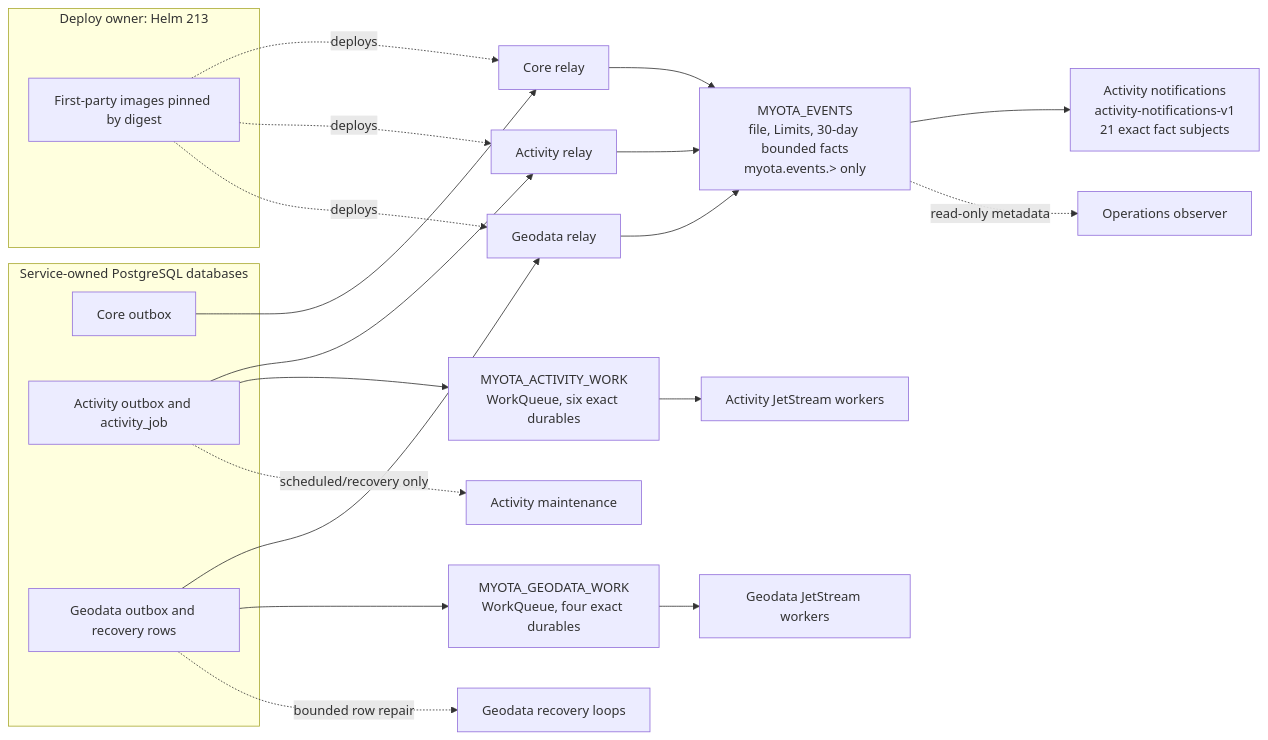
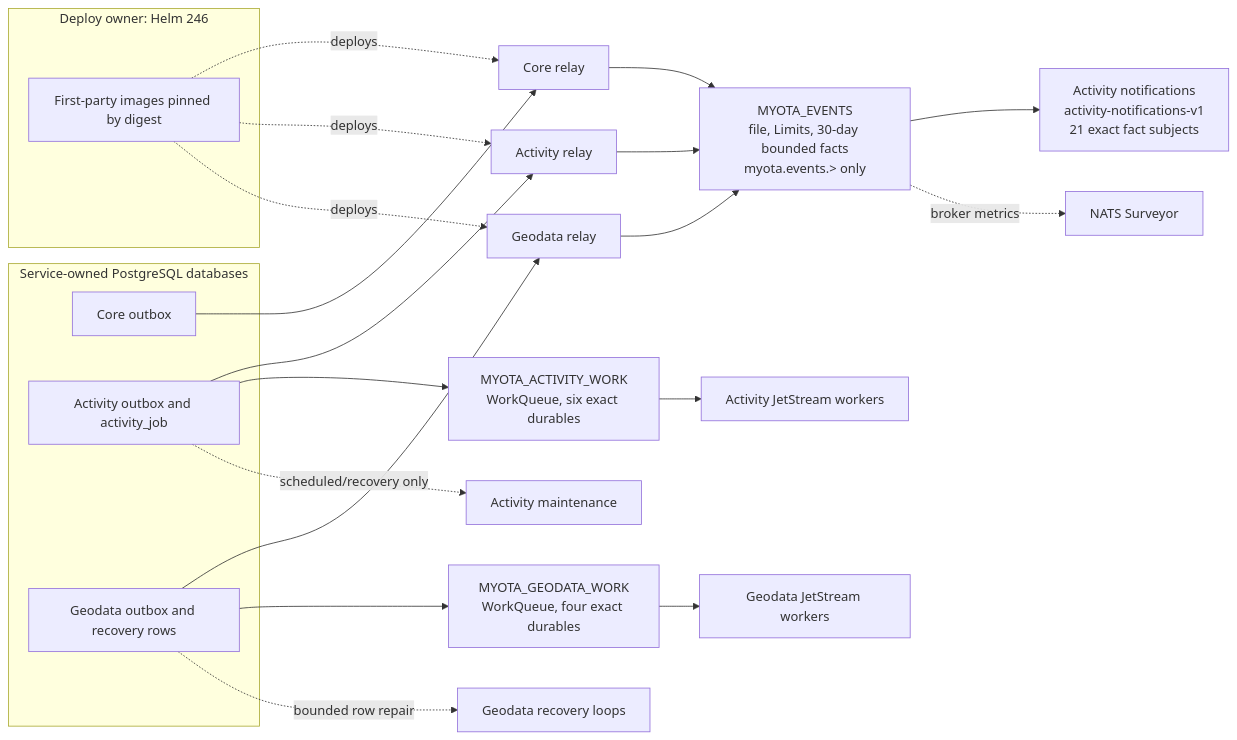
The first of 3 diagrams in docs/architecture/diagrams/nats-event-migration.md (myota-platform/myota-docs), drawn with Mermaid before and after one commit. The commit also changed other lines of this file and 19 other files, not shown here.

````diff
--- a/docs/architecture/diagrams/nats-event-migration.md
+++ b/docs/architecture/diagrams/nats-event-migration.md
@@ -20,28 +21,28 @@
 ```mermaid
 flowchart LR
   subgraph DB[Service-owned PostgreSQL databases]
     C[Core outbox]
     A[Activity outbox and activity_job]
     G[Geodata outbox and recovery rows]
   end
-  subgraph DEPLOY[Deploy owner: Helm 213]
+  subgraph DEPLOY[Deploy owner: Helm 246]
     IMG[First-party images pinned by digest]
   end
   C --> RC[Core relay]
   A --> RA[Activity relay]
   G --> RG[Geodata relay]
   IMG -. deploys .-> RC
   IMG -. deploys .-> RA
   IMG -. deploys .-> RG
   RC --> E[MYOTA_EVENTS<br/>file, Limits, 30-day bounded facts<br/>myota.events.&gt; only]
   RA --> E
   RG --> E
   E --> N[Activity notifications<br/>activity-notifications-v1<br/>21 exact fact subjects]
   A --> AS[MYOTA_ACTIVITY_WORK<br/>WorkQueue, six exact durables]
   G --> GS[MYOTA_GEODATA_WORK<br/>WorkQueue, four exact durables]
   AS --> AW[Activity JetStream workers]
   GS --> GW[Geodata JetStream workers]
   A -. scheduled/recovery only .-> AR[Activity maintenance]
   G -. bounded row repair .-> GR[Geodata recovery loops]
-  E -. read-only metadata .-> O[Operations observer]
+  E -. broker metrics .-> S[NATS Surveyor]
 ```
````
